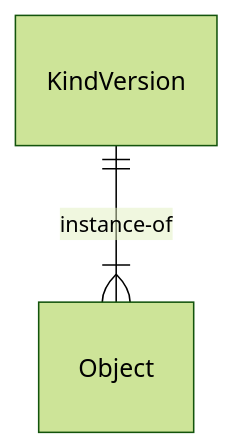
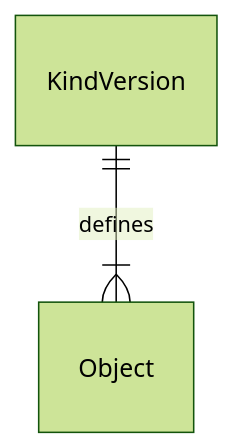
One commit to relexec/rxp changed the second of 4 diagrams in README.md. Above: the diagram before and after it, drawn with Mermaid (forest theme). The commit also changed other lines of this file, not shown here.

Commit message:
Add E-R diagrams for object and kind version

````diff
--- a/README.md
+++ b/README.md
@@ -99,4 +107,4 @@
 ```mermaid
 erDiagram
-    KindVersion ||--|{ Object : instance-of
+    KindVersion ||--|{ Object : defines
 ```
````
